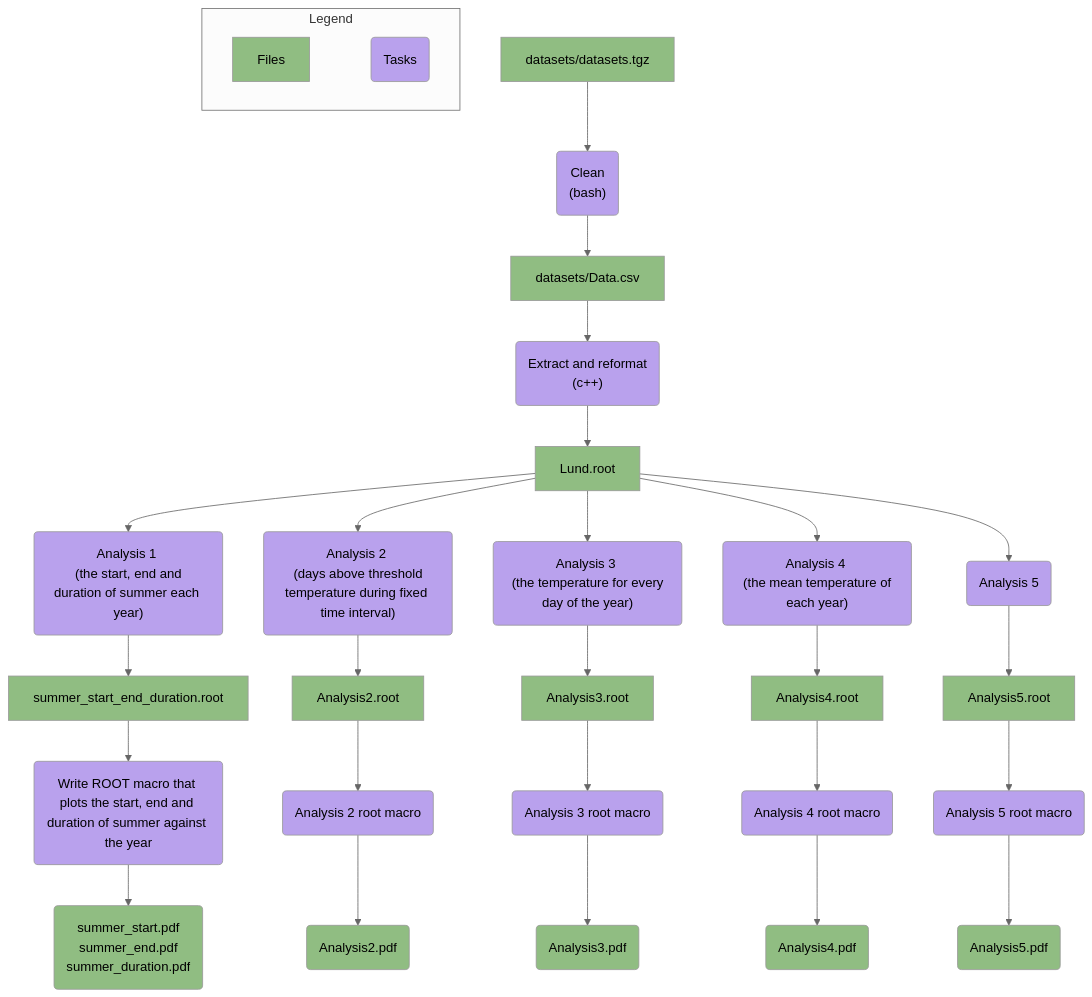
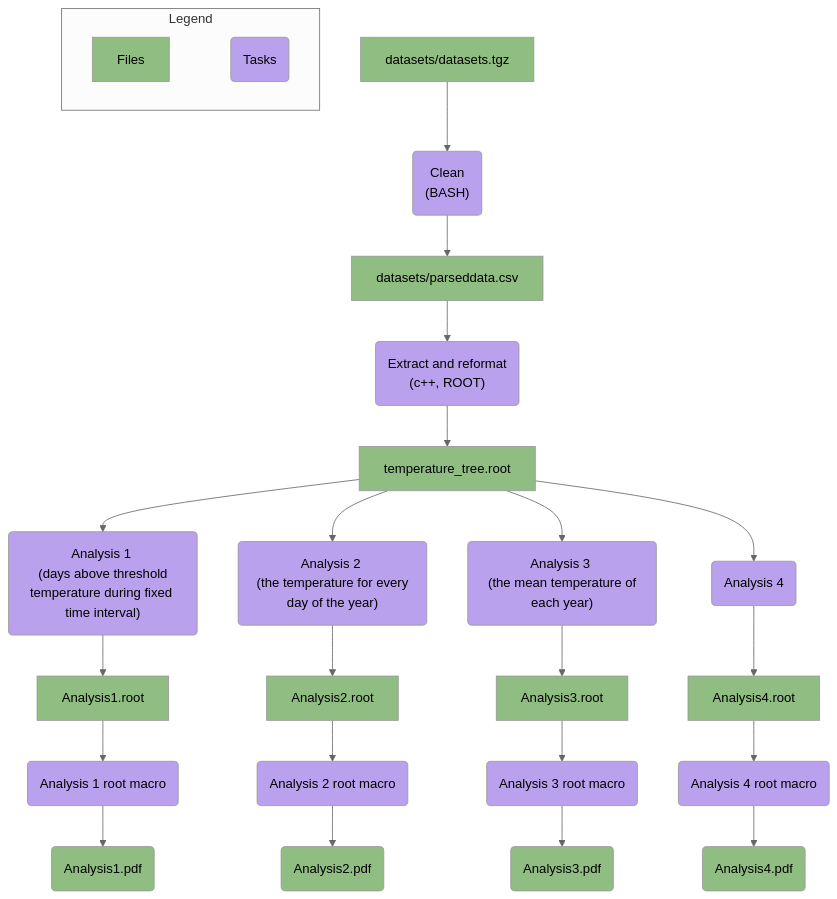
The diagram in Workplan.md (dchelidzemrics-design/MNXB11-Project), drawn with Mermaid before and after one commit.

````diff
--- a/Workplan.md
+++ b/Workplan.md
@@ -9,55 +9,49 @@
 ```mermaid 
 %%{init: { 'theme':'neutral', 'fontSize': '11px'} }%%
 flowchart TD
     %% This will be the same for all analyses
-    A["datasets/datasets.tgz"] --> B("Clean <br> (bash)")
-    B --> C["datasets/Data.csv"]
-    C --> D("Extract and reformat <br> (c++)")
-    D --> E["Lund.root"]
+    A["datasets/datasets.tgz"] --> B("Clean <br> (BASH)")
+    B --> C["datasets/parseddata.csv"]
+    C --> D("Extract and reformat <br> (c++, ROOT)")
+    D --> E["temperature_tree.root"]
 
     %% The seperate analyses
-    E --> F("Analysis 1 <br> (the start, end and duration of summer each year)")
-    E --> G("Analysis 2 <br> (days above threshold temperature during fixed time interval)")
-    E --> H("Analysis 3 <br> (the temperature for every day of the year)")
-    E --> I("Analysis 4 <br> (the mean temperature of each year)")
-    E --> J("Analysis 5")
+    E --> G("Analysis 1 <br> (days above threshold temperature during fixed time interval)")
+    E --> H("Analysis 2 <br> (the temperature for every day of the year)")
+    E --> I("Analysis 3 <br> (the mean temperature of each year)")
+    E --> J("Analysis 4")
 
     %% Analysis 1 workflow
-    F --> F1["summer_start_end_duration.root"]
-    F1 --> F2("Write ROOT macro that plots the start, end and duration of summer against the year")
-    F2 --> F3("summer_start.pdf <br> summer_end.pdf <br> summer_duration.pdf")
-    
+    G --> G1["Analysis1.root"]
+    G1 --> G2("Analysis 1 root macro")
+    G2 --> G3("Analysis1.pdf")
+
     %% Analysis 2 workflow
-    G --> G1["Analysis2.root"]
-    G1 --> G2("Analysis 2 root macro")
-    G2 --> G3("Analysis2.pdf")
+    H --> H1["Analysis2.root"]
+    H1 --> H2("Analysis 2 root macro")
+    H2 --> H3("Analysis2.pdf")
 
     %% Analysis 3 workflow
-    H --> H1["Analysis3.root"]
-    H1 --> H2("Analysis 3 root macro")
-    H2 --> H3("Analysis3.pdf")
+    I --> I1["Analysis3.root"]
+    I1 --> I2("Analysis 3 root macro")
+    I2 --> I3("Analysis3.pdf")
 
     %% Analysis 4 workflow
-    I --> I1["Analysis4.root"]
-    I1 --> I2("Analysis 4 root macro")
-    I2 --> I3("Analysis4.pdf")
-
-    %% Analysis 5 workflow
-    J --> J1["Analysis5.root"]
-    J1 --> J2("Analysis 5 root macro")
-    J2 --> J3("Analysis5.pdf")
+    J --> J1["Analysis4.root"]
+    J1 --> J2("Analysis 4 root macro")
+    J2 --> J3("Analysis4.pdf")
 
     %% Legend 
     subgraph Legend ["Legend"]
         direction LR
         L1["Files"] ~~~ L2("Tasks")
     end
 
     %% Seperate Files and Tasks into different classes
     %% with different colors
     classDef Files fill:#90bd82;
     classDef Tasks fill:#b9a1ed;
 
-    class L1,A,C,E,F1,F3,G1,G3,H1,H3,I1,I3,J1,J3 Files;
-    class L2,B,D,F,G,H,I,J,F2,G2,H2,I2,J2 Tasks;
+    class L1,A,C,E,G1,G3,H1,H3,I1,I3,J1,J3 Files;
+    class L2,B,D,G,H,I,J,F2,G2,H2,I2,J2 Tasks;
 ```
````
